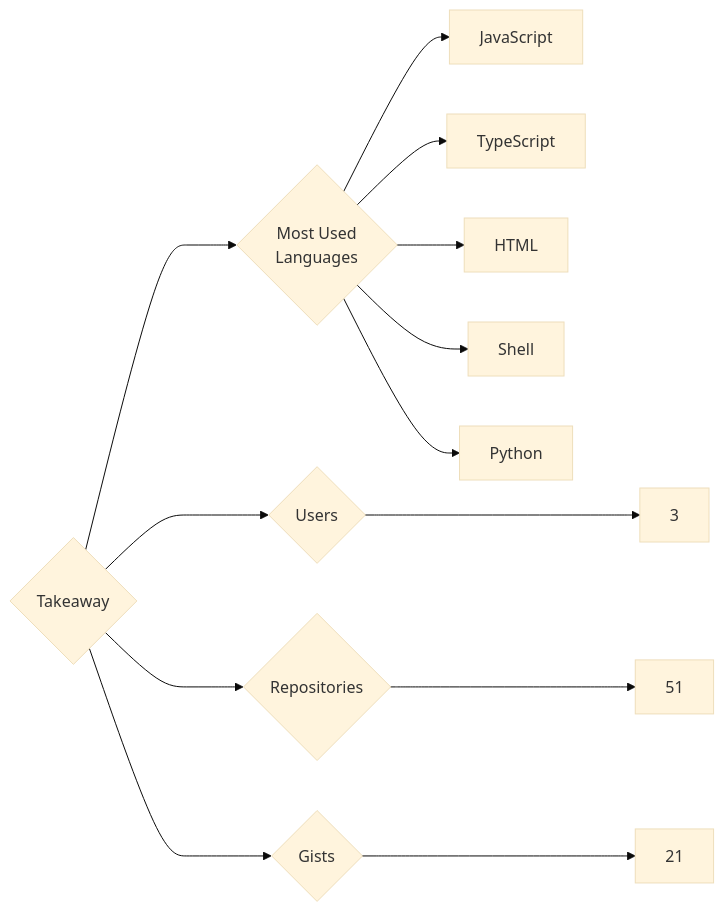
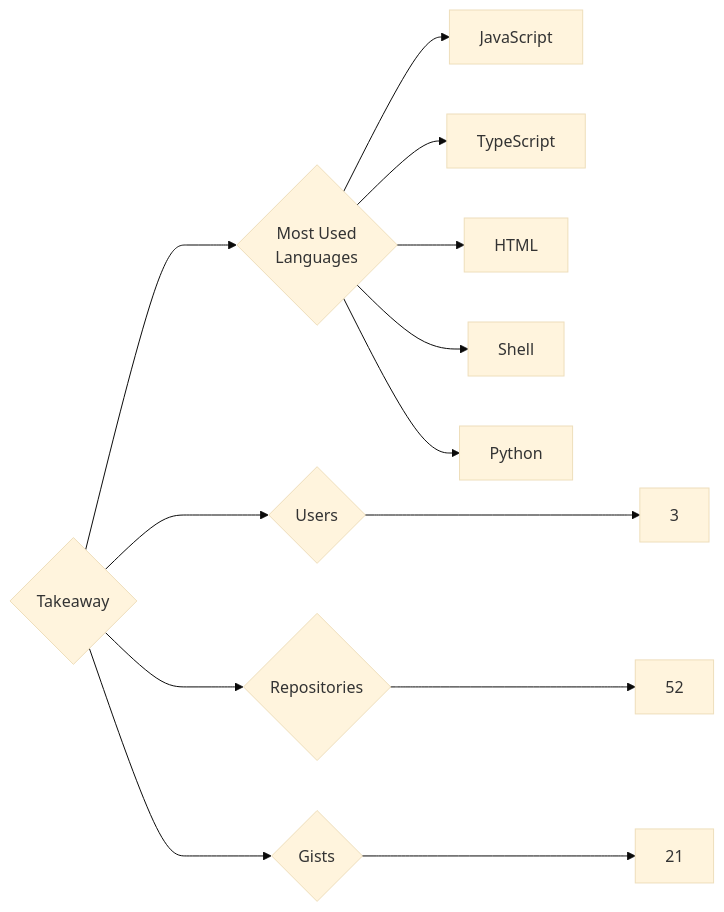
Before and after one commit to trickest/insiders: the diagram in targets/Takeaway/README.md, drawn with Mermaid (base theme). The commit also changed 534 other files, not shown here.

````diff
--- a/targets/Takeaway/README.md
+++ b/targets/Takeaway/README.md
@@ -3,13 +3,13 @@
 ```mermaid
 graph LR
 COMPANY_NAME{Takeaway}
 COMPANY_NAME ---> U{Users} ---> UN[3]
-COMPANY_NAME ---> R{Repositories} ---> RN[51]
+COMPANY_NAME ---> R{Repositories} ---> RN[52]
 COMPANY_NAME ---> G{Gists} ---> GN[21]
 COMPANY_NAME ---> ML{Most Used<br>Languages}
 ML --> JavaScript[JavaScript]
 ML --> TypeScript[TypeScript]
 ML --> HTML[HTML]
 ML --> Shell[Shell]
 ML --> Python[Python]
 ```
````
